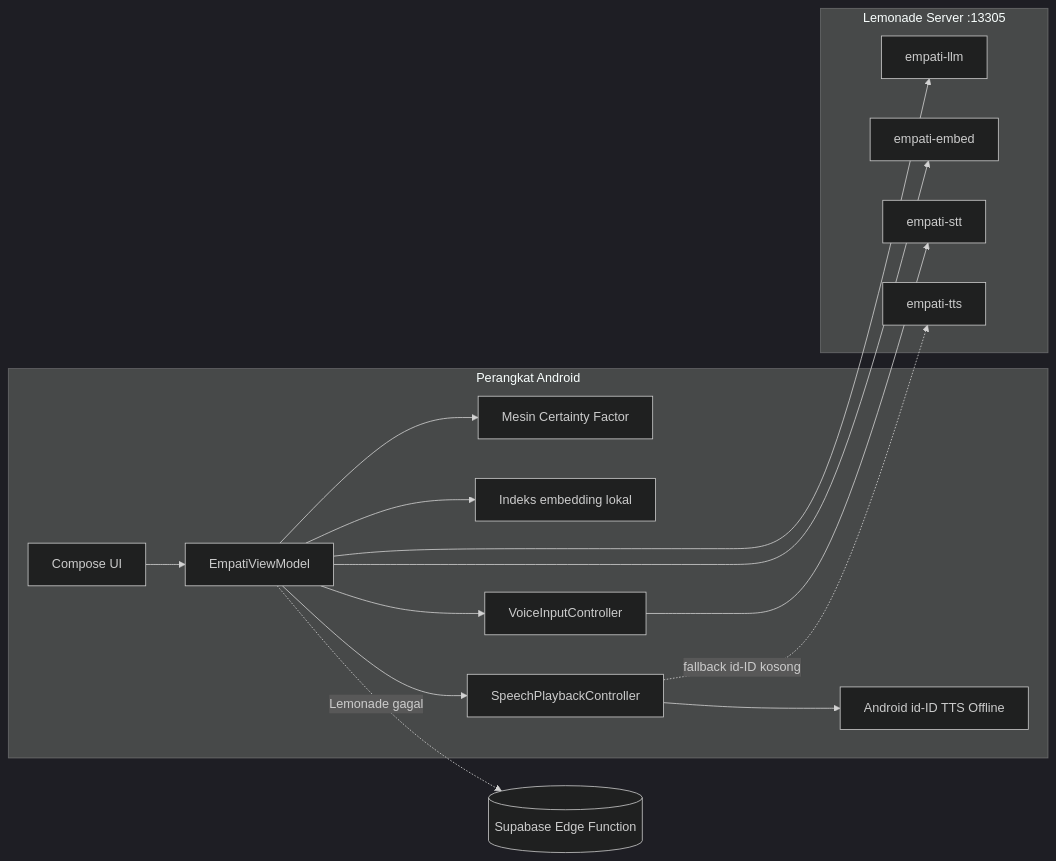
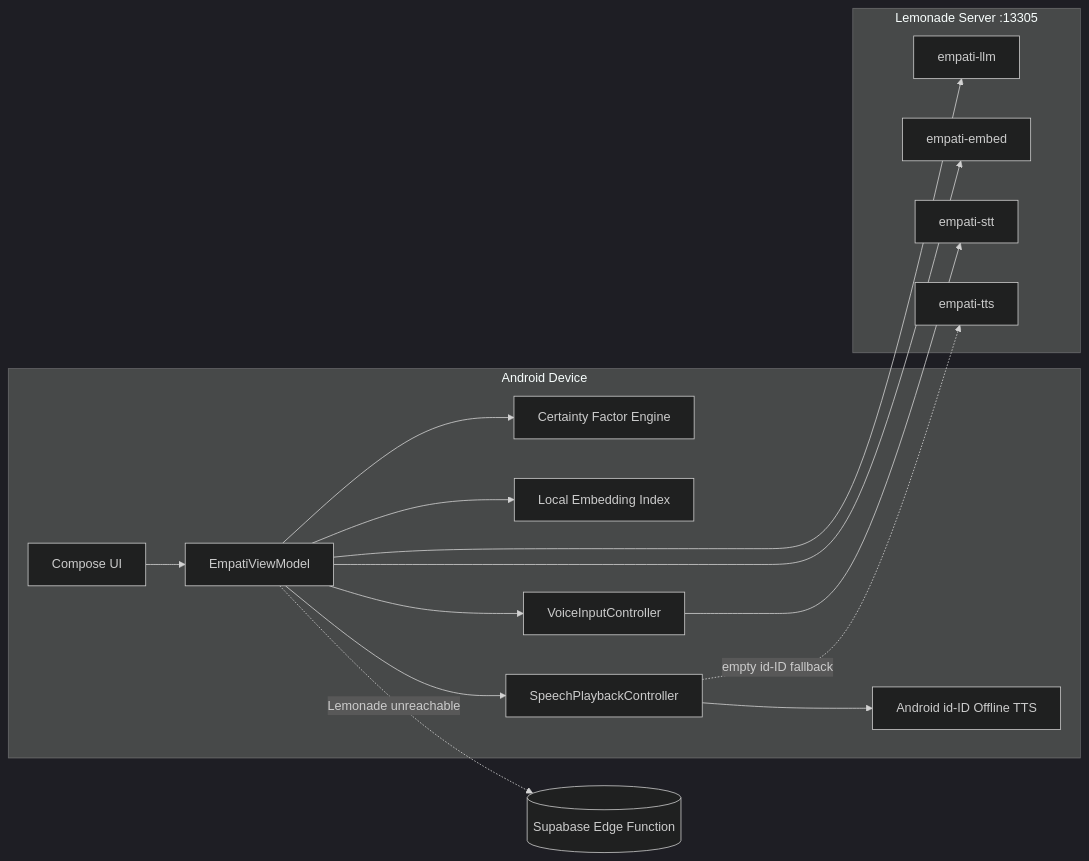
The diagram in README.md (RestlessHozy/EmpatiForLemonade), drawn with Mermaid (dark theme) before and after one commit. The commit also changed other lines of this file and 16 other files, not shown here.

Commit message:
docs: translate repository documentation and architecture specs to English

````diff
--- a/README.md
+++ b/README.md
@@ -45,32 +45,32 @@
 ```mermaid
 flowchart LR
-    subgraph device[Perangkat Android]
+    subgraph device[Android Device]
         UI[Compose UI]
         VM[EmpatiViewModel]
-        CF[Mesin Certainty Factor]
-        IDX[Indeks embedding lokal]
+        CF[Certainty Factor Engine]
+        IDX[Local Embedding Index]
         VIN[VoiceInputController]
         VOUT[SpeechPlaybackController]
-        IDTTS[Android id-ID TTS Offline]
+        IDTTS[Android id-ID Offline TTS]
     end
 
     subgraph lemonade[Lemonade Server :13305]
         LLM[empati-llm]
         EMB[empati-embed]
         STT[empati-stt]
         TTS[empati-tts]
     end
 
     EDGE[(Supabase Edge Function)]
     UI --> VM
     VM --> CF
     VM --> IDX
     VM --> VIN
     VM --> VOUT
     VIN --> STT
     VM --> EMB
     VM --> LLM
     VOUT --> IDTTS
-    VOUT -. fallback id-ID kosong .-> TTS
-    VM -. Lemonade gagal .-> EDGE
+    VOUT -. empty id-ID fallback .-> TTS
+    VM -. Lemonade unreachable .-> EDGE
 ```
````
